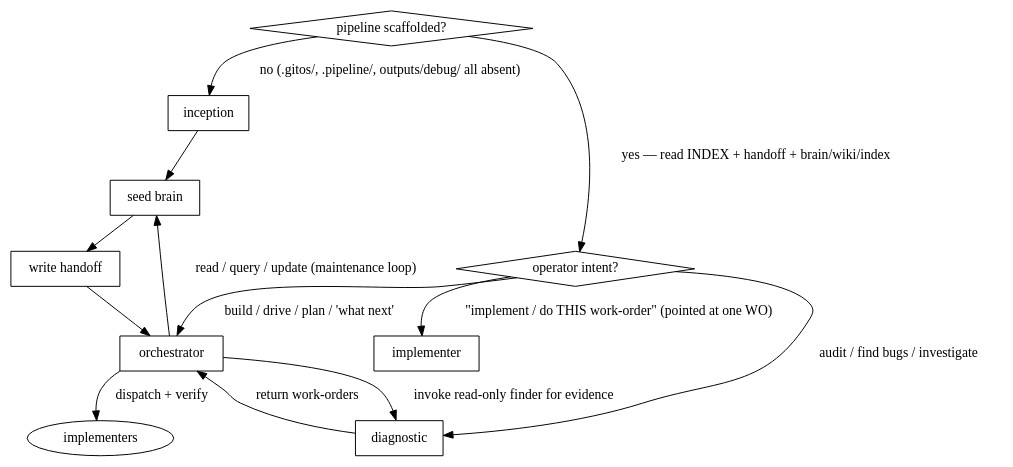
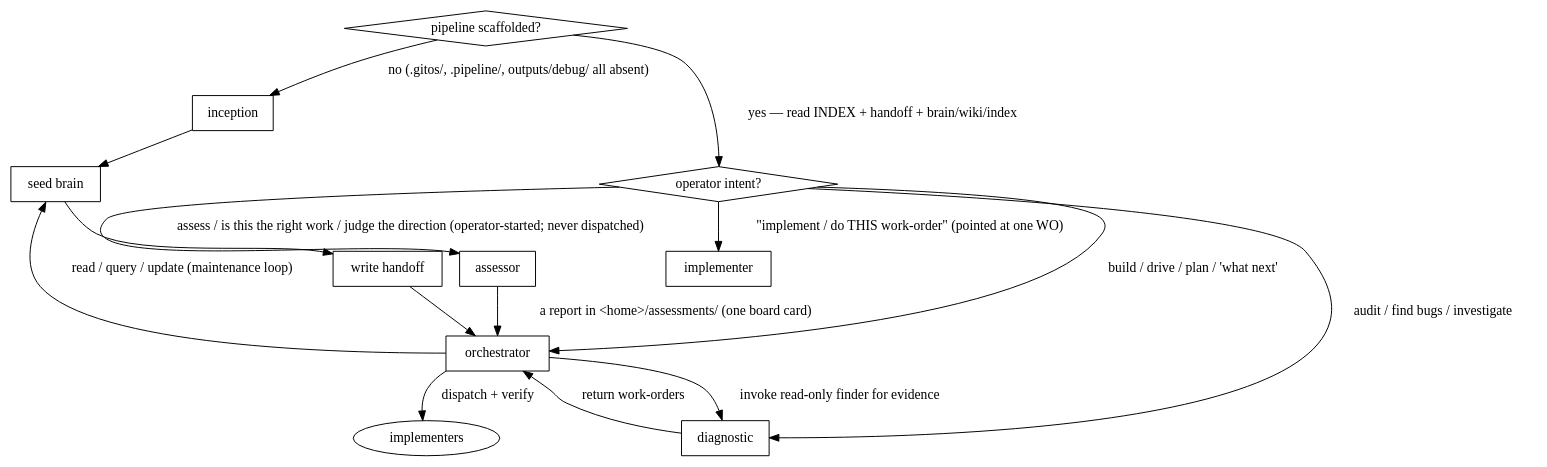
One commit to wizzo-gmb/gitos changed the diagram in SKILL.md. Above: the diagram before and after it, drawn with Graphviz. The commit also changed other lines of this file and 22 other files, not shown here.

````diff
--- a/SKILL.md
+++ b/SKILL.md
@@ -56,20 +58,22 @@
 ```dot
 digraph route {
   detect [shape=diamond, label="pipeline scaffolded?"];
-  inception [shape=box]; orchestrator [shape=box]; diagnostic [shape=box];
+  inception [shape=box]; orchestrator [shape=box]; diagnostic [shape=box]; assessor [shape=box];
   brain [shape=box, label="seed brain"]; handoff [shape=box, label="write handoff"];
 
   detect -> inception   [label="no (.gitos/, .pipeline/, outputs/debug/ all absent)"];
   inception -> brain -> handoff -> orchestrator;
   detect -> intent      [label="yes — read INDEX + handoff + brain/wiki/index"];
   intent [shape=diamond, label="operator intent?"];
   implementer [shape=box];
   intent -> orchestrator [label="build / drive / plan / 'what next'"];
   intent -> diagnostic   [label="audit / find bugs / investigate"];
+  intent -> assessor     [label="assess / is this the right work / judge the direction (operator-started; never dispatched)"];
   intent -> implementer  [label="\"implement / do THIS work-order\" (pointed at one WO)"];
   orchestrator -> diagnostic [label="invoke read-only finder for evidence"];
   diagnostic -> orchestrator [label="return work-orders"];
+  assessor -> orchestrator   [label="a report in <home>/assessments/ (one board card)"];
   orchestrator -> implementers [label="dispatch + verify"];
   orchestrator -> brain [label="read / query / update (maintenance loop)"];
 }
 ```
````
